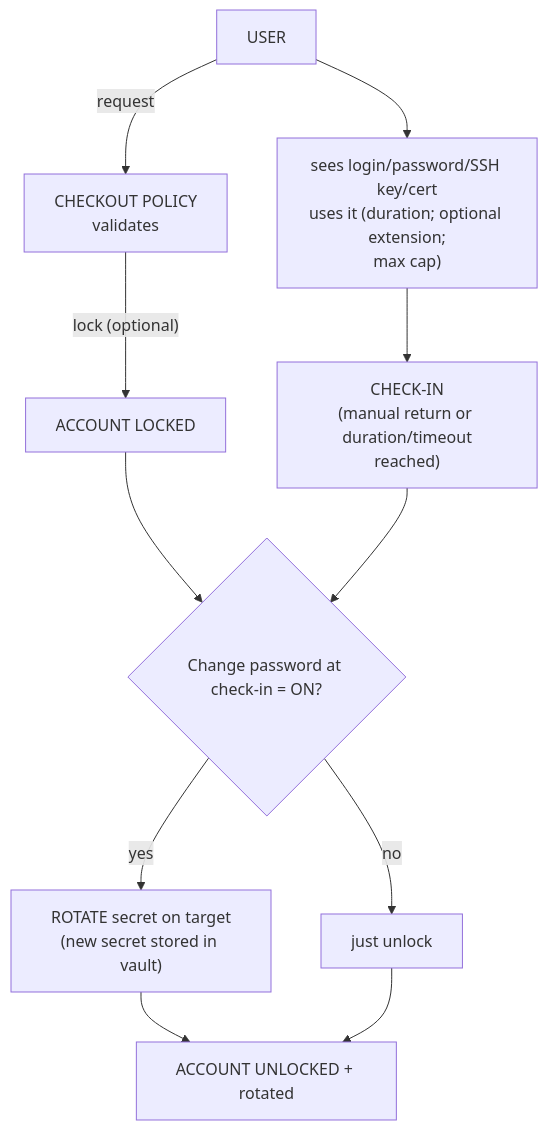
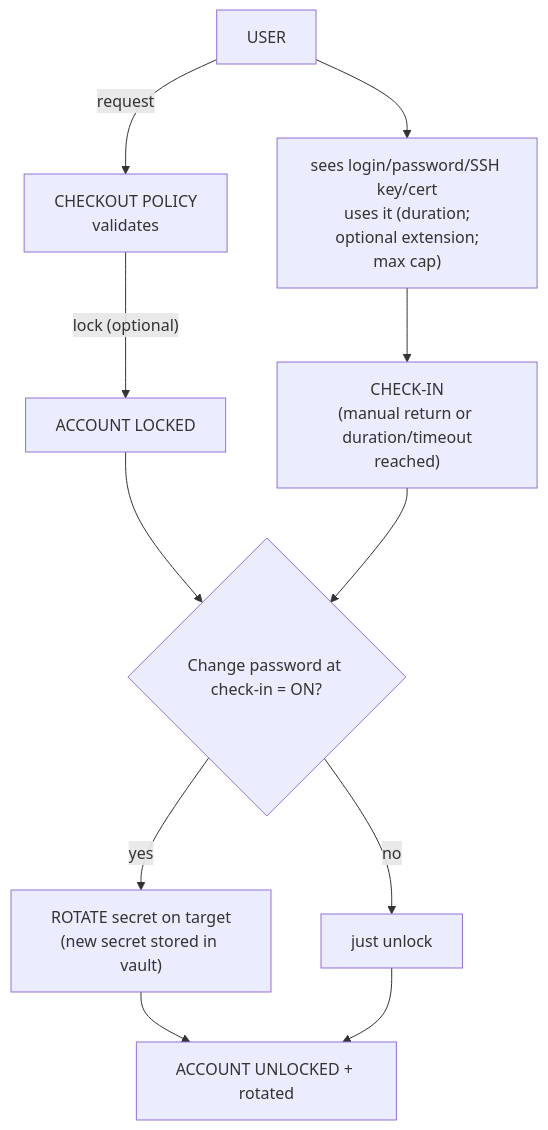
One commit to morandeirachema/WallixCerts changed the first of 4 diagrams in certs/wallix/deep-dives/secrets-and-password-management.md. Above: the diagram before and after it, drawn with Mermaid. The commit also changed other lines of this file and 35 other files, not shown here.

First line of the commit message:
Tidy Mermaid boxes: balanced wrapping at a narrower width (36)

````diff
--- a/certs/wallix/deep-dives/secrets-and-password-management.md
+++ b/certs/wallix/deep-dives/secrets-and-password-management.md
@@ -54,13 +54,13 @@
 ```mermaid
 flowchart TD
     User["USER"] -->|"request"| Policy["CHECKOUT POLICY<br/>validates"]
     Policy -->|"lock (optional)"| Locked["ACCOUNT LOCKED"]
-    User --> Use["sees login/password/SSH key/cert<br/>uses it (duration; optional extension;<br/>max cap)"]
+    User --> Use["sees login/password/SSH key/cert<br/>uses it (duration;<br/>optional extension;<br/>max cap)"]
     Use --> CheckIn["CHECK-IN<br/>(manual return or duration/timeout<br/>reached)"]
     Locked --> Decide
     CheckIn --> Decide{"Change password at check-in = ON?"}
     Decide -->|"yes"| Rotate["ROTATE secret on target<br/>(new secret stored in vault)"]
     Decide -->|"no"| Unlock["just unlock"]
     Rotate --> Result["ACCOUNT UNLOCKED + rotated"]
     Unlock --> Result
 ```
````
